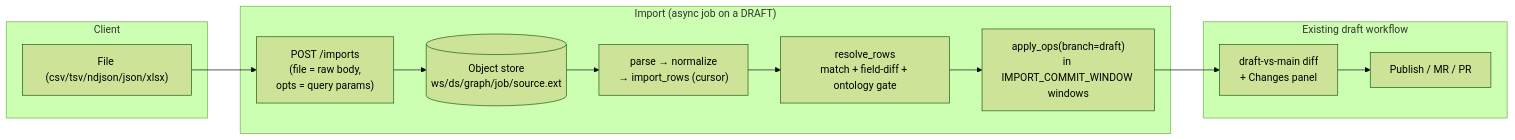
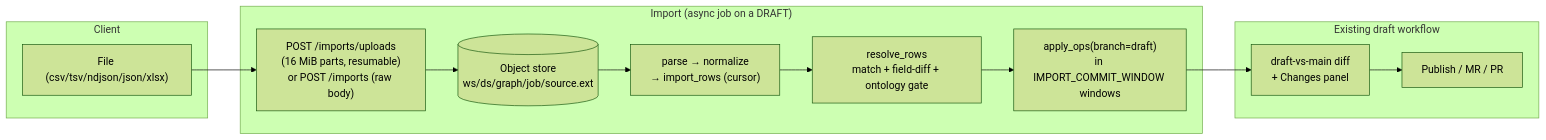
One commit to rkrumins/dataviz changed the diagram in docs/versioning/08-import-export.md. Above: the diagram before and after it, drawn with Mermaid (forest theme). The commit also changed other lines of this file and 4 other files, not shown here.

````diff
--- a/docs/versioning/08-import-export.md
+++ b/docs/versioning/08-import-export.md
@@ -39,20 +39,20 @@
 ```mermaid
 graph LR
     subgraph Client
       F["File (csv/tsv/ndjson/json/xlsx)"]
     end
     subgraph Import["Import (async job on a DRAFT)"]
-      EP["POST /imports<br/>(file = raw body,<br/>opts = query params)"]
+      EP["POST /imports/uploads<br/>(16 MiB parts, resumable)<br/>or POST /imports (raw body)"]
       OS[("Object store<br/>ws/ds/graph/job/source.ext")]
       P["parse → normalize<br/>→ import_rows (cursor)"]
       R["resolve_rows<br/>match + field-diff + ontology gate"]
       A["apply_ops(branch=draft)<br/>in IMPORT_COMMIT_WINDOW windows"]
     end
     subgraph Review["Existing draft workflow"]
       D["draft-vs-main diff<br/>+ Changes panel"]
       PUB["Publish / MR / PR"]
     end
 
     F --> EP --> OS --> P --> R --> A --> D --> PUB
 
 ```
````
